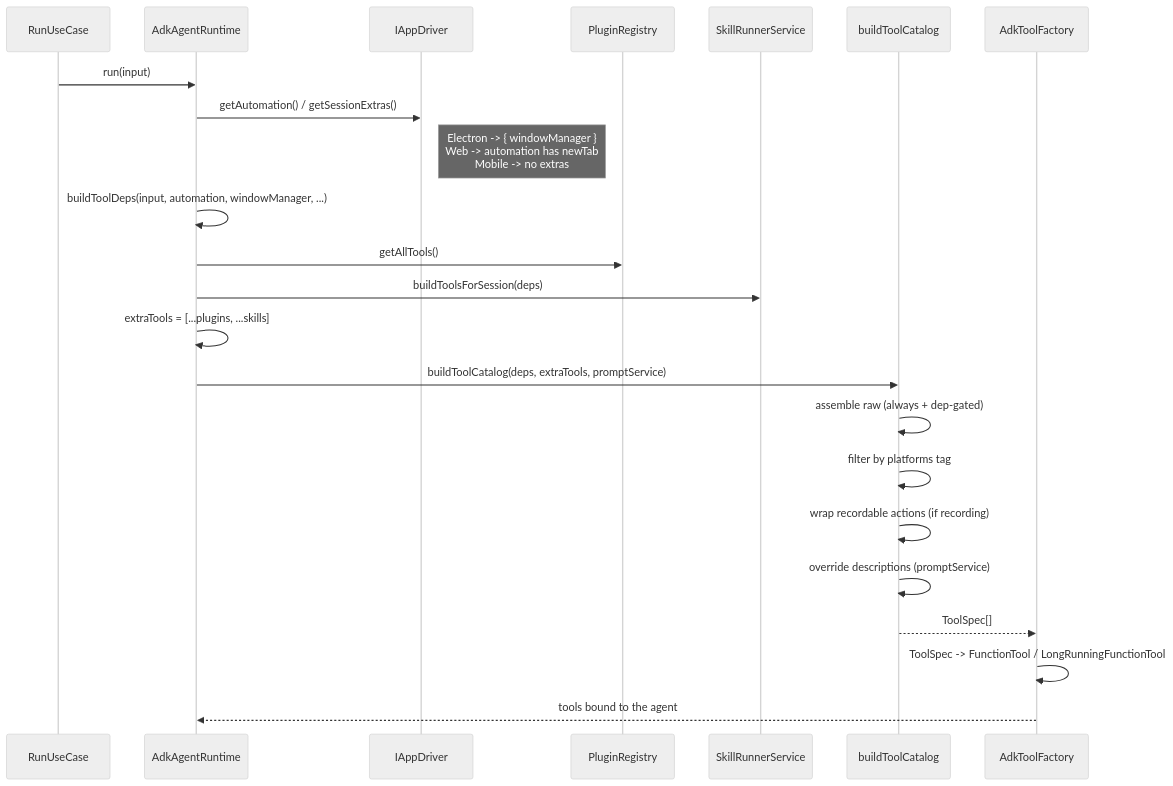
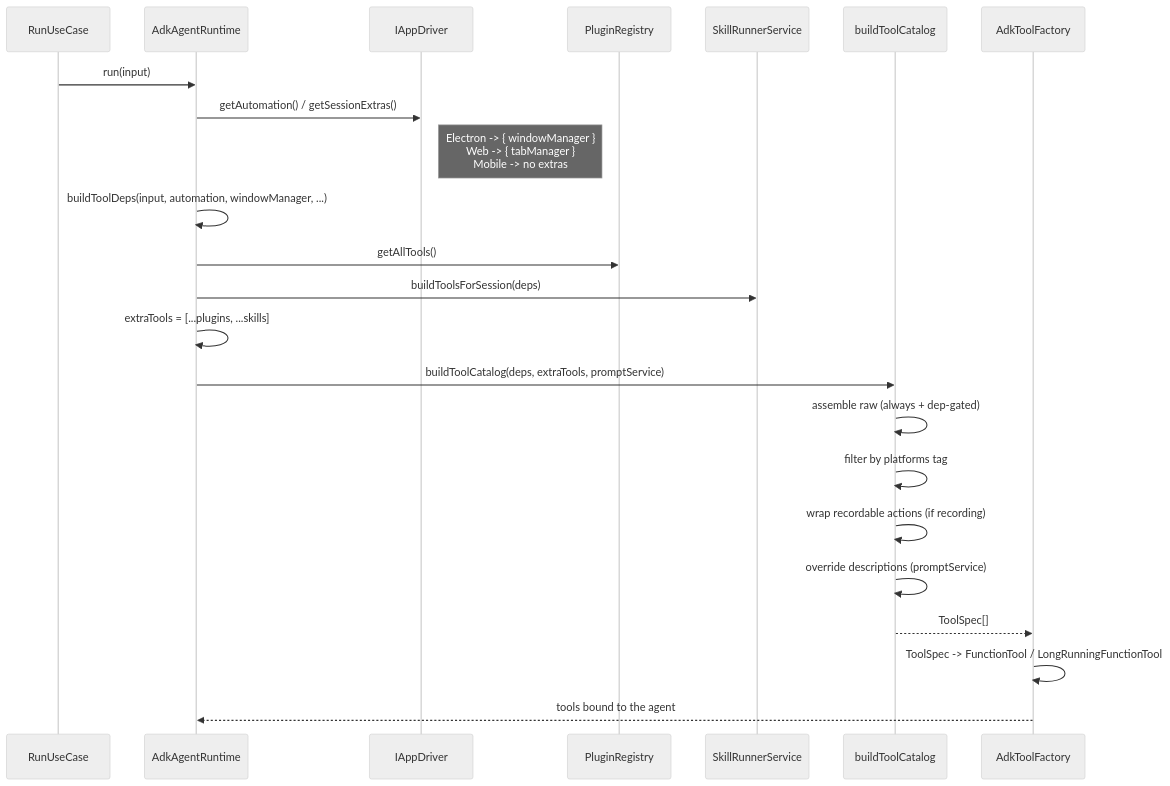
The third of 5 diagrams in docs/architecture/tool-system.md (brmel/Domia), drawn with Mermaid (neutral theme) before and after one commit. The commit also changed other lines of this file and 2 other files, not shown here.

````diff
--- a/docs/architecture/tool-system.md
+++ b/docs/architecture/tool-system.md
@@ -164,26 +164,26 @@
 ```mermaid
 sequenceDiagram
     participant Run as RunUseCase
     participant Rt as AdkAgentRuntime
     participant Drv as IAppDriver
     participant Plug as PluginRegistry
     participant Skill as SkillRunnerService
     participant Cat as buildToolCatalog
     participant Adk as AdkToolFactory
 
     Run->>Rt: run(input)
     Rt->>Drv: getAutomation() / getSessionExtras()
-    Note right of Drv: Electron -> { windowManager }<br/>Web -> automation has newTab<br/>Mobile -> no extras
+    Note right of Drv: Electron -> { windowManager }<br/>Web -> { tabManager }<br/>Mobile -> no extras
     Rt->>Rt: buildToolDeps(input, automation, windowManager, ...)
     Rt->>Plug: getAllTools()
     Rt->>Skill: buildToolsForSession(deps)
     Rt->>Rt: extraTools = [...plugins, ...skills]
     Rt->>Cat: buildToolCatalog(deps, extraTools, promptService)
     Cat->>Cat: assemble raw (always + dep-gated)
     Cat->>Cat: filter by platforms tag
     Cat->>Cat: wrap recordable actions (if recording)
     Cat->>Cat: override descriptions (promptService)
     Cat-->>Adk: ToolSpec[]
     Adk->>Adk: ToolSpec -> FunctionTool / LongRunningFunctionTool
     Adk-->>Rt: tools bound to the agent
 ```
````
